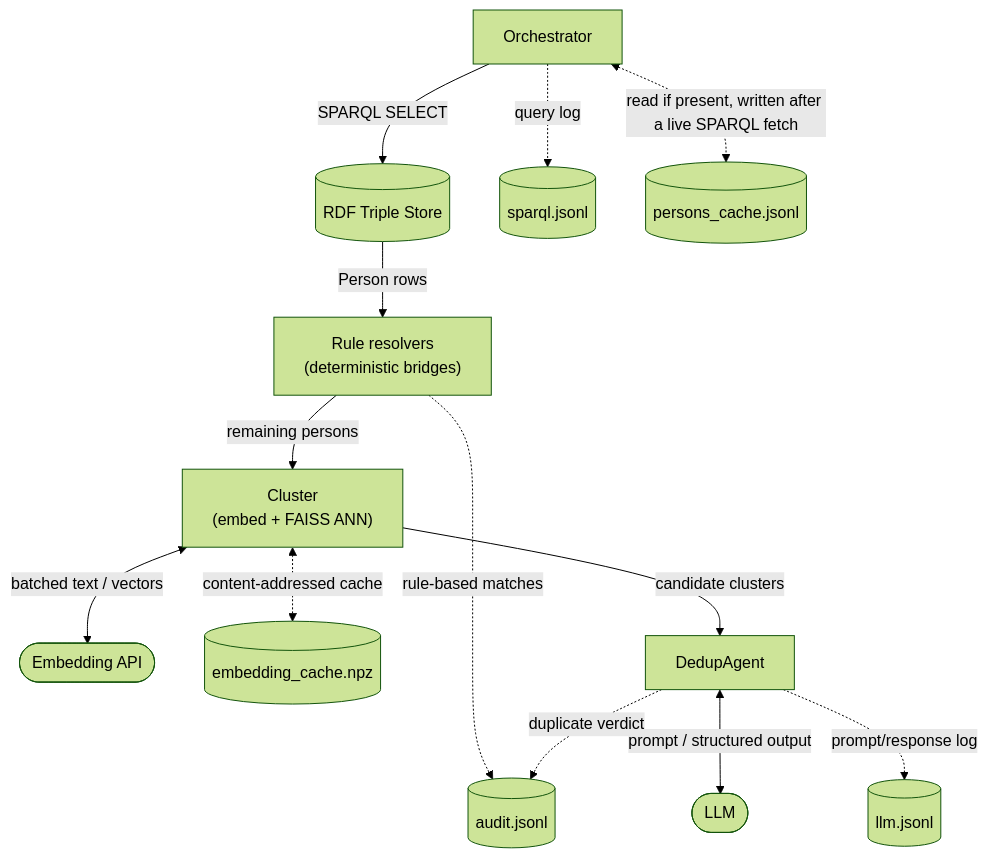
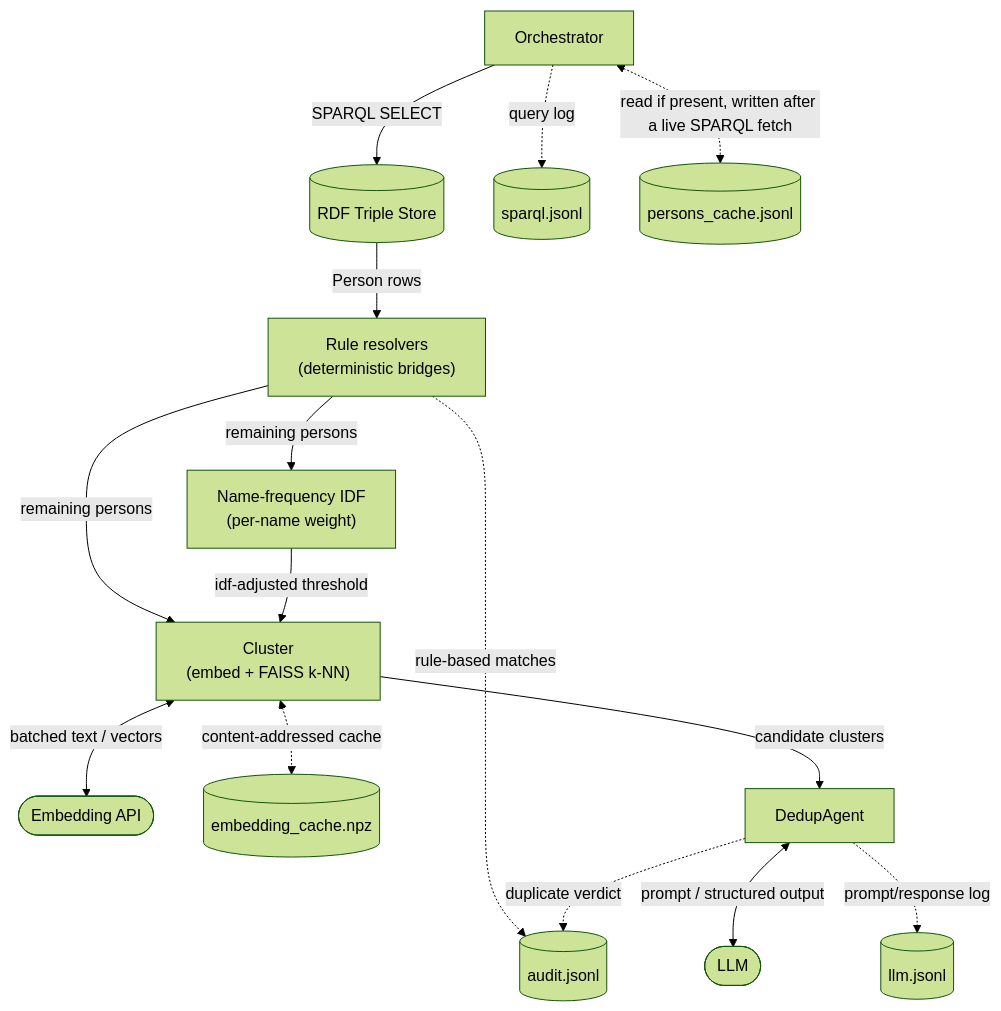
The diagram in README.md (lsgier/kgent), drawn with Mermaid (forest theme) before and after one commit.

Commit message:
Add IDF weighting step to architecture diagram

````diff
--- a/README.md
+++ b/README.md
@@ -3,15 +3,17 @@
 ```mermaid
 flowchart TD
     Orchestrator -->|SPARQL SELECT| TS[(RDF Triple Store)]
     Orchestrator -.->|query log| SPARQLLog[(sparql.jsonl)]
     Orchestrator <-.->|read if present, written after a live SPARQL fetch| PersonsCache[(persons_cache.jsonl)]
     TS -->|Person rows| Rules["Rule resolvers\n(deterministic bridges)"]
     Rules -.->|rule-based matches| AuditLog[(audit.jsonl)]
-    Rules -->|remaining persons| Cluster["Cluster\n(embed + FAISS ANN)"]
+    Rules -->|remaining persons| IDF["Name-frequency IDF\n(per-name weight)"]
+    Rules -->|remaining persons| Cluster["Cluster\n(embed + FAISS k-NN)"]
+    IDF -->|idf-adjusted threshold| Cluster
     Cluster <-->|batched text / vectors| EMB([Embedding API])
     Cluster <-.->|content-addressed cache| EmbeddingCache[(embedding_cache.npz)]
     Cluster -->|candidate clusters| DedupAgent
     DedupAgent <-->|prompt / structured output| LLM([LLM])
     DedupAgent -.->|prompt/response log| LLMLog[(llm.jsonl)]
     DedupAgent -.->|duplicate verdict| AuditLog
 ```
````
